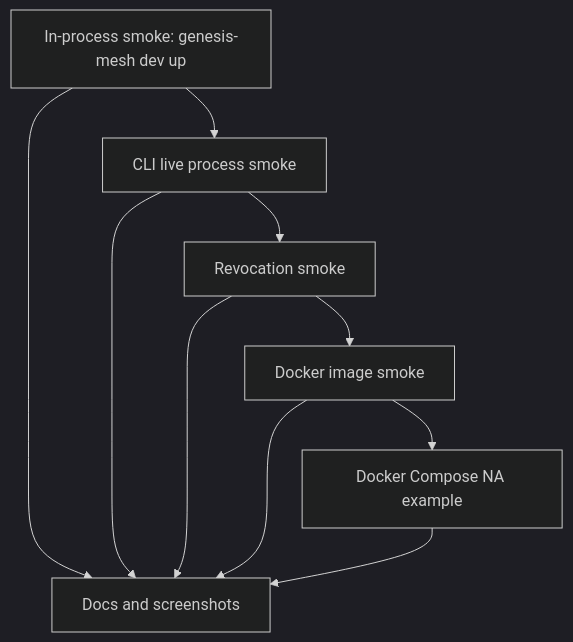
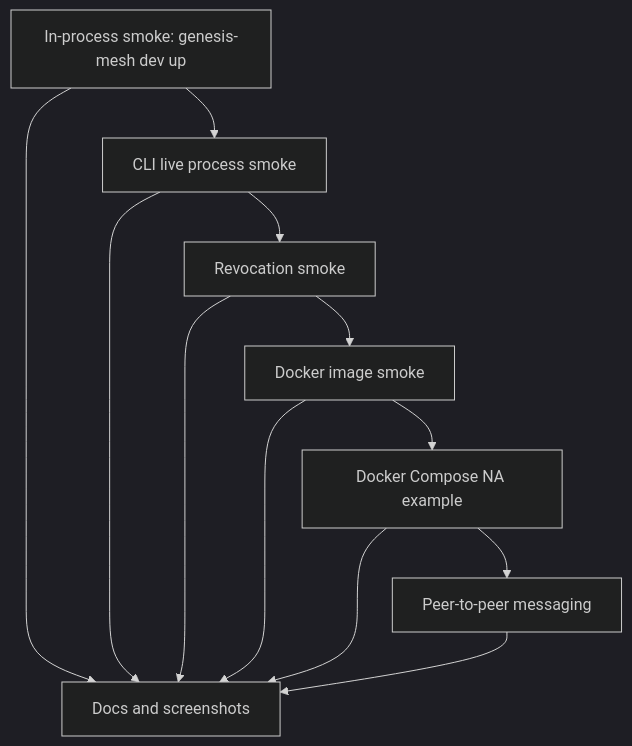
Before and after one commit to GenesisMeshLabs/genesismesh: the first of 4 diagrams in docs/examples/demos.md, drawn with Mermaid (dark theme). The commit also changed other lines of this file and 1 other file, not shown here.

Commit message:
feat: add peer-to-peer messaging demo and script for sending messages

````diff
--- a/docs/examples/demos.md
+++ b/docs/examples/demos.md
@@ -15,12 +15,14 @@
 ```{mermaid}
 flowchart TD
     A[In-process smoke: genesis-mesh dev up] --> B[CLI live process smoke]
     B --> C[Revocation smoke]
     C --> D[Docker image smoke]
     D --> F[Docker Compose NA example]
+    F --> G[Peer-to-peer messaging]
     A --> E[Docs and screenshots]
     B --> E
     C --> E
     D --> E
     F --> E
+    G --> E
 ```
````
